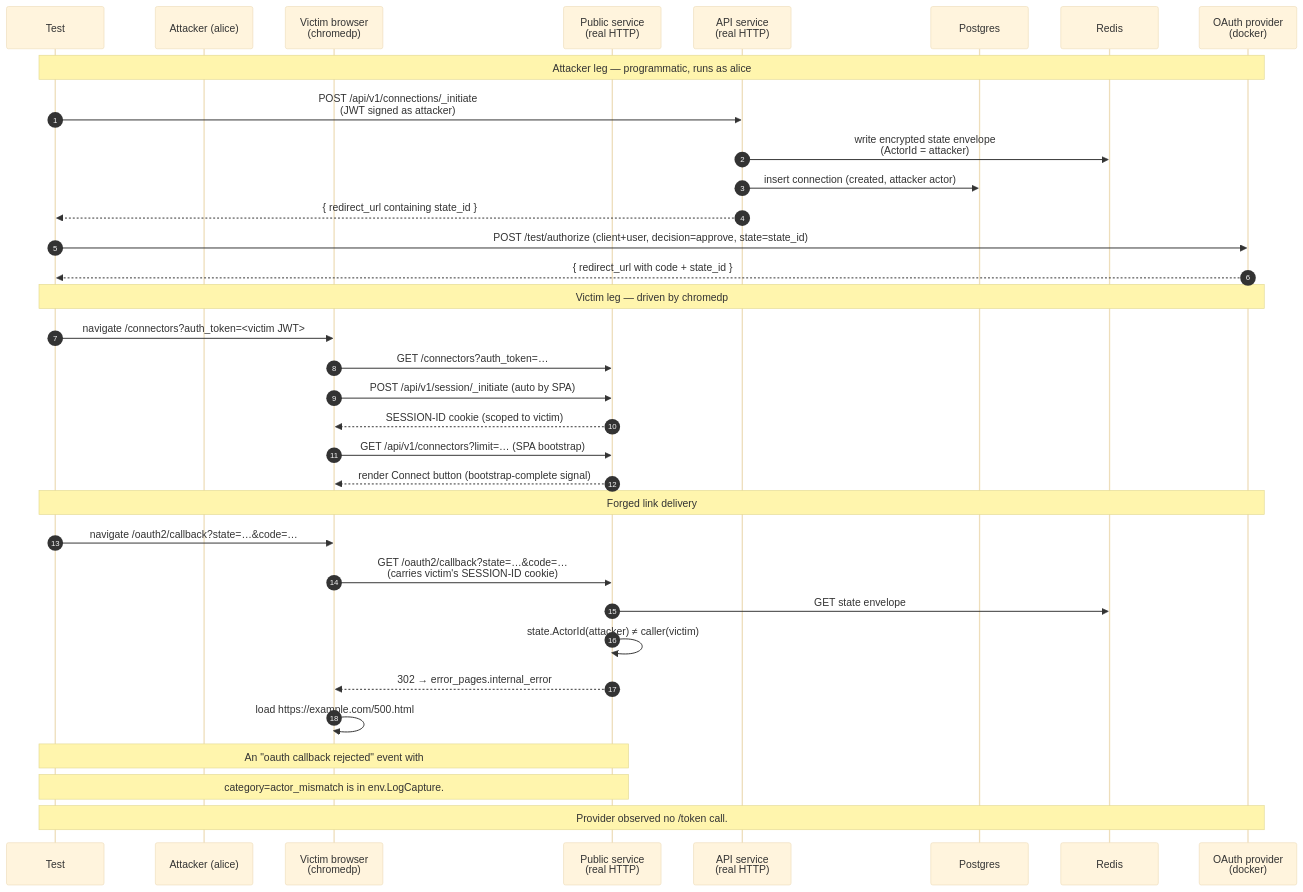
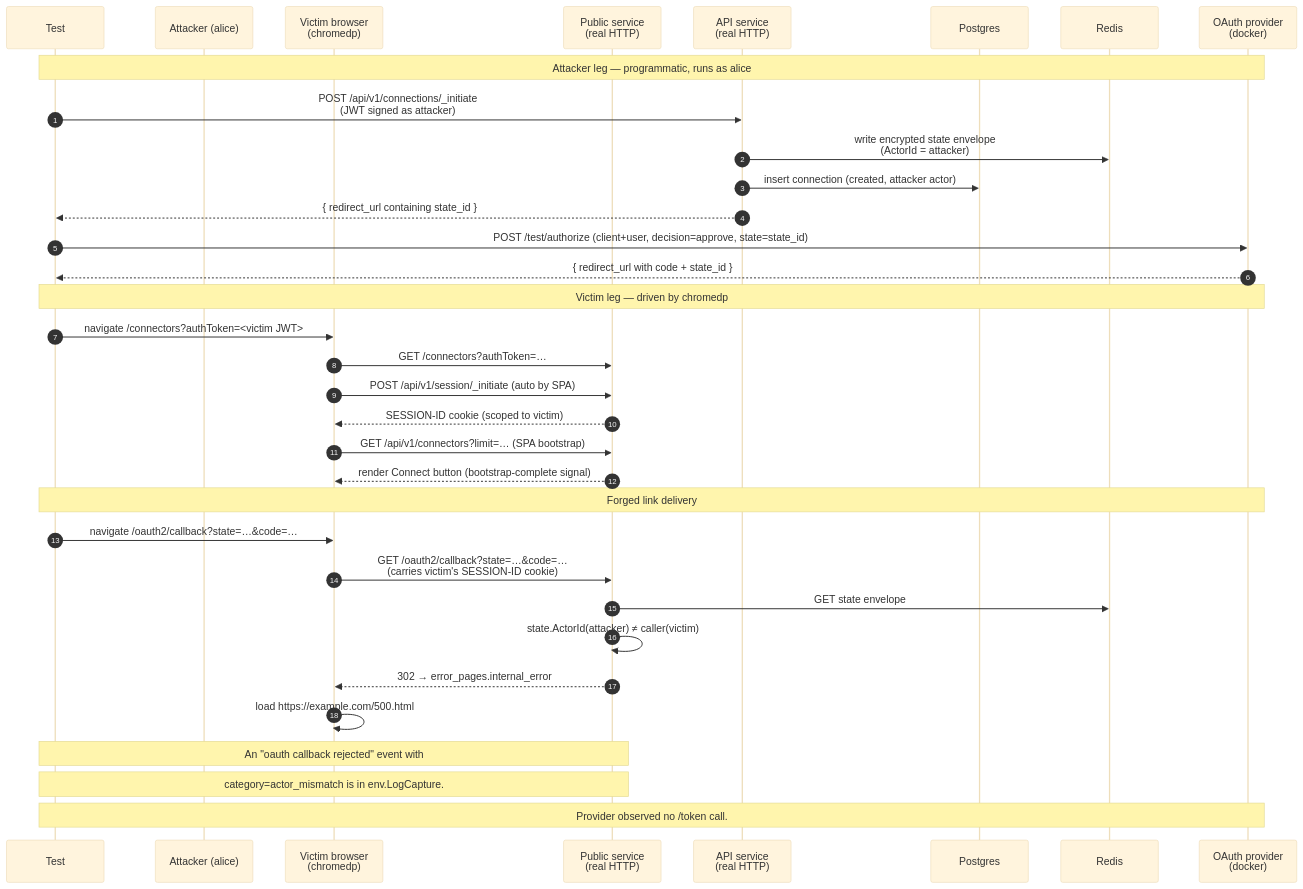
Before and after one commit to rmorlok/authproxy: the diagram in integration_tests/oauth2/callback_actor_mismatch_test.md, drawn with Mermaid (base theme). The commit also changed other lines of this file and 228 other files, not shown here.

````diff
--- a/integration_tests/oauth2/callback_actor_mismatch_test.md
+++ b/integration_tests/oauth2/callback_actor_mismatch_test.md
@@ -86,41 +86,41 @@
 ```mermaid
 sequenceDiagram
     autonumber
     participant T as Test
     participant ATK as Attacker (alice)
     participant VIC as Victim browser<br/>(chromedp)
     participant PUB as Public service<br/>(real HTTP)
     participant API as API service<br/>(real HTTP)
     participant DB as Postgres
     participant R as Redis
     participant P as OAuth provider<br/>(docker)
 
     Note over T,P: Attacker leg — programmatic, runs as alice
     T->>API: POST /api/v1/connections/_initiate<br/>(JWT signed as attacker)
     API->>R: write encrypted state envelope<br/>(ActorId = attacker)
     API->>DB: insert connection (created, attacker actor)
     API-->>T: { redirect_url containing state_id }
 
     T->>P: POST /test/authorize (client+user, decision=approve, state=state_id)
     P-->>T: { redirect_url with code + state_id }
 
     Note over T,P: Victim leg — driven by chromedp
-    T->>VIC: navigate /connectors?auth_token=<victim JWT>
-    VIC->>PUB: GET /connectors?auth_token=…
+    T->>VIC: navigate /connectors?authToken=<victim JWT>
+    VIC->>PUB: GET /connectors?authToken=…
     VIC->>PUB: POST /api/v1/session/_initiate (auto by SPA)
     PUB-->>VIC: SESSION-ID cookie (scoped to victim)
     VIC->>PUB: GET /api/v1/connectors?limit=… (SPA bootstrap)
     PUB-->>VIC: render Connect button (bootstrap-complete signal)
 
     Note over T,P: Forged link delivery
     T->>VIC: navigate /oauth2/callback?state=…&code=…
     VIC->>PUB: GET /oauth2/callback?state=…&code=…<br/>(carries victim's SESSION-ID cookie)
     PUB->>R: GET state envelope
     PUB->>PUB: state.ActorId(attacker) ≠ caller(victim)
     PUB-->>VIC: 302 → error_pages.internal_error
     VIC->>VIC: load https://example.com/500.html
 
     Note over T,PUB: An "oauth callback rejected" event with
     Note over T,PUB: category=actor_mismatch is in env.LogCapture.
     Note over T,P: Provider observed no /token call.
 ```
````
